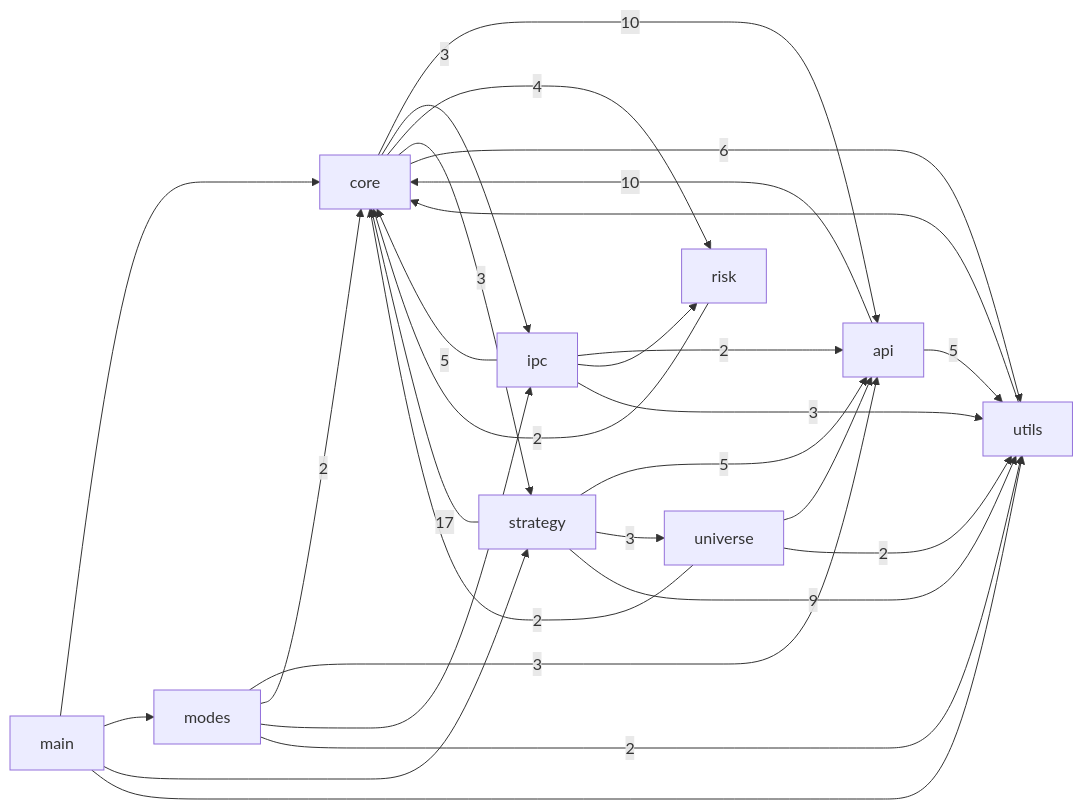
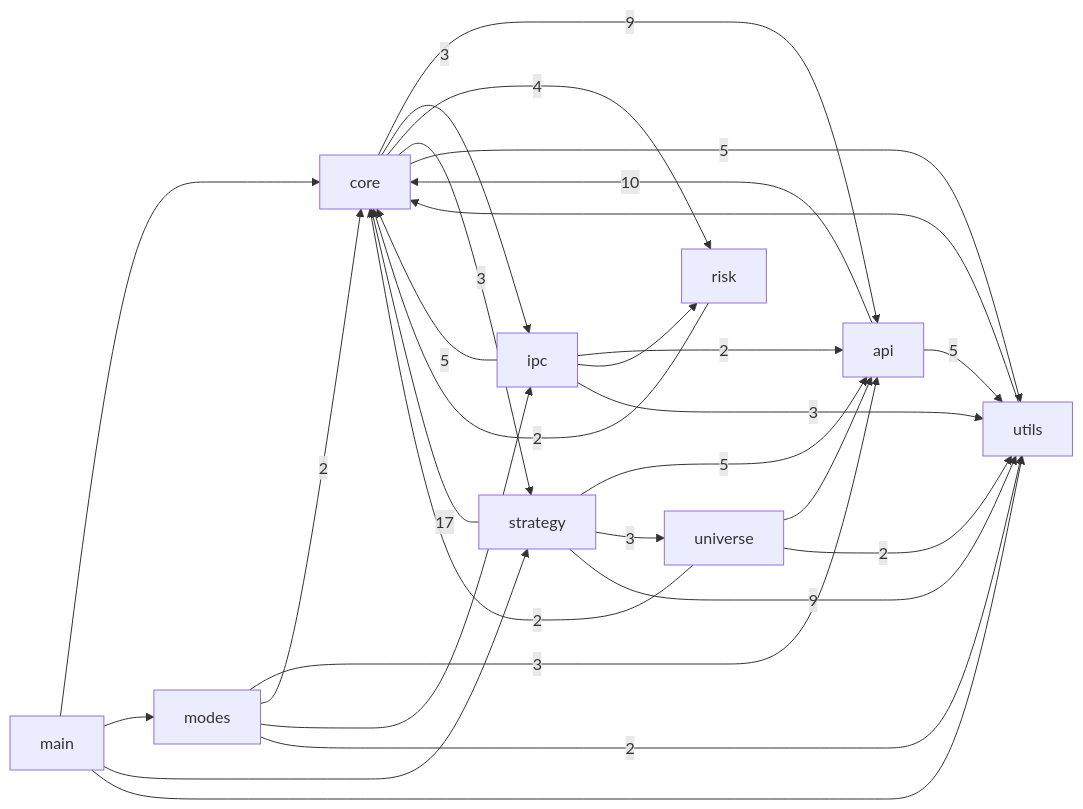
One commit to pypy8171/Quant changed the first of 3 diagrams in docs/CODE_GRAPH.md. Above: the diagram before and after it, drawn with Mermaid. The commit also changed other lines of this file and 26 other files, not shown here.

````diff
--- a/docs/CODE_GRAPH.md
+++ b/docs/CODE_GRAPH.md
@@ -10,40 +10,40 @@
 ```mermaid
 graph LR
   main[main]
   modes[modes]
   core[core]
   strategy[strategy]
   api[api]
   universe[universe]
   risk[risk]
   ipc[ipc]
   utils[utils]
   api -->|10| core
   api -->|5| utils
-  core -->|10| api
+  core -->|9| api
   core -->|3| ipc
   core -->|4| risk
   core -->|3| strategy
-  core -->|6| utils
+  core -->|5| utils
   ipc -->|2| api
   ipc -->|5| core
   ipc --> risk
   ipc -->|3| utils
   main --> core
   main --> modes
   main --> strategy
   main --> utils
   modes -->|3| api
   modes -->|2| core
   modes --> ipc
   modes -->|2| utils
   risk -->|2| core
   strategy -->|5| api
   strategy -->|17| core
   strategy -->|3| universe
   strategy -->|9| utils
   universe --> api
   universe -->|2| core
   universe -->|2| utils
   utils --> core
 ```
````
